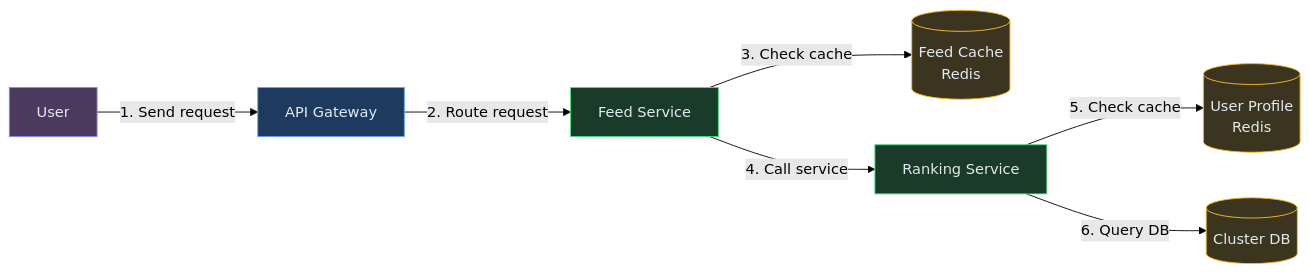
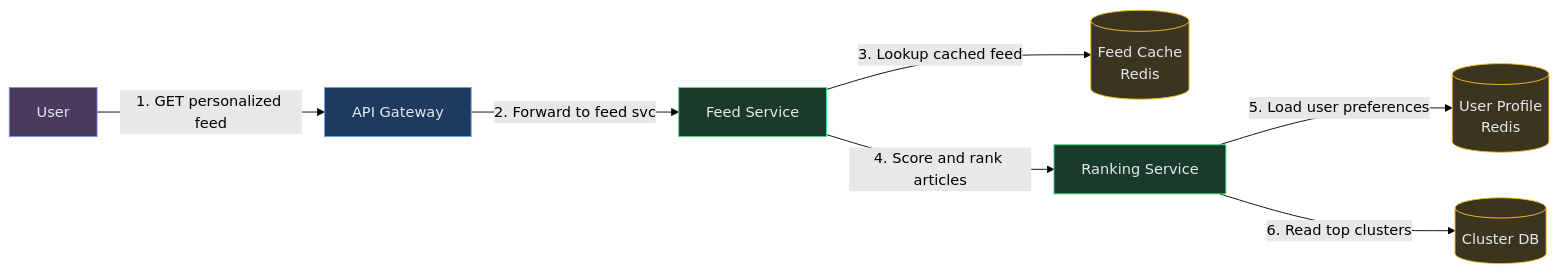
The fourth of 7 diagrams in content/hld/NewsAggregator.md (iluzn/HLD-Designs), drawn with Mermaid (forest theme) before and after one commit. The commit also changed other lines of this file and 27 other files, not shown here.

````diff
--- a/content/hld/NewsAggregator.md
+++ b/content/hld/NewsAggregator.md
@@ -244,22 +244,22 @@
 ```mermaid
 flowchart LR
     USER["User"]:::client
     GW["API Gateway"]:::edge
     FEED["Feed Service"]:::service
     CACHE[("Feed Cache<br/>Redis")]:::data
     RANK["Ranking Service"]:::service
     PROFILE[("User Profile<br/>Redis")]:::data
     CLUSTERDB[("Cluster DB")]:::data
 
-    USER -->|"1. Send request"| GW
-    GW -->|"2. Route request"| FEED
-    FEED -->|"3. Check cache"| CACHE
-    FEED -->|"4. Call service"| RANK
-    RANK -->|"5. Check cache"| PROFILE
-    RANK -->|"6. Query DB"| CLUSTERDB
+    USER -->|"1. GET personalized feed"| GW
+    GW -->|"2. Forward to feed svc"| FEED
+    FEED -->|"3. Lookup cached feed"| CACHE
+    FEED -->|"4. Score and rank articles"| RANK
+    RANK -->|"5. Load user preferences"| PROFILE
+    RANK -->|"6. Read top clusters"| CLUSTERDB
 
     classDef client fill:#4c3a5e,stroke:#818cf8,color:#e2e8f0
     classDef edge fill:#1e3a5f,stroke:#60a5fa,color:#e2e8f0
     classDef service fill:#1a3a2a,stroke:#4ade80,color:#e2e8f0
     classDef data fill:#3b3520,stroke:#fbbf24,color:#e2e8f0
 ```
````
